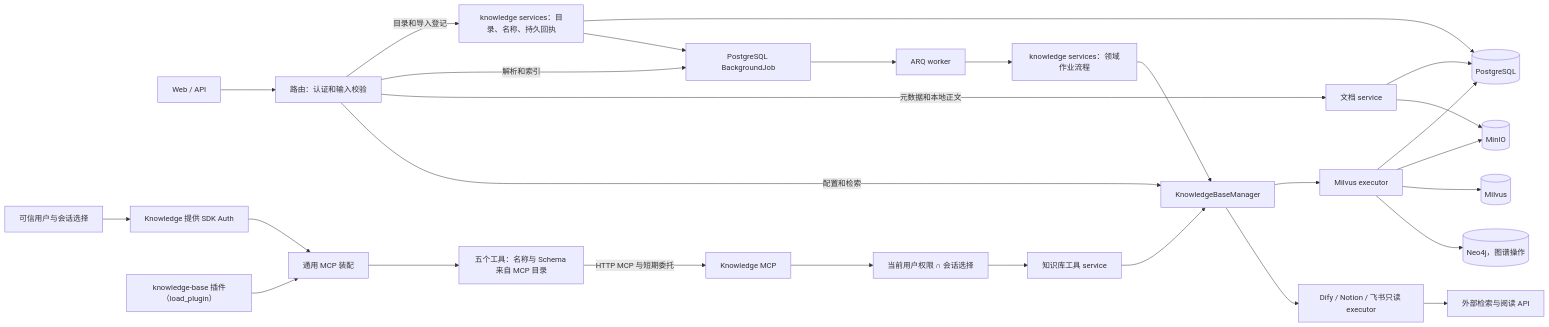
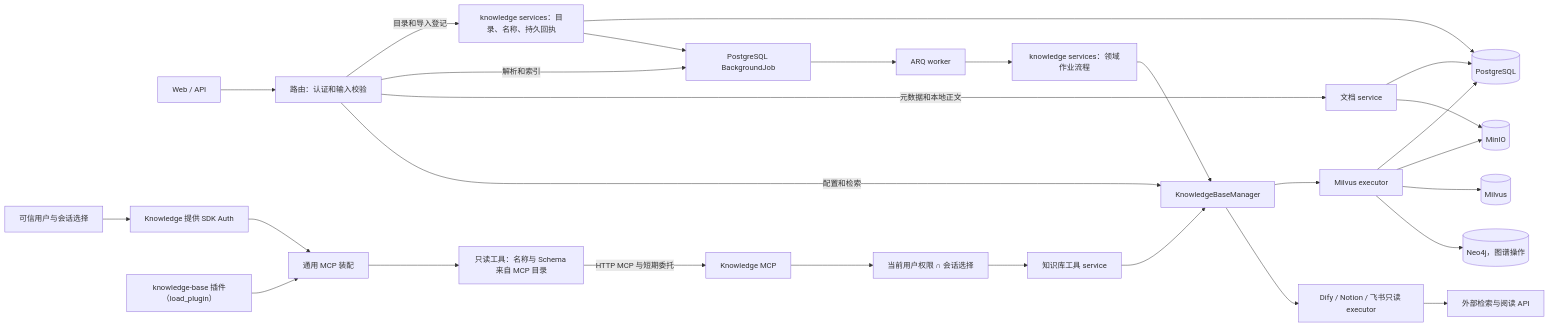
Before and after one commit to xerrors/Yuxi: the first of 2 diagrams in docs/mechanisms/knowledge-base.md, drawn with Mermaid. The commit also changed other lines of this file and 65 other files, not shown here.

````diff
--- a/docs/mechanisms/knowledge-base.md
+++ b/docs/mechanisms/knowledge-base.md
@@ -23,31 +23,31 @@
 ```mermaid
 flowchart LR
     UI["Web / API"] --> Router["路由：认证和输入校验"]
     Router -->|目录和导入登记| Import["knowledge services：目录、名称、持久回执"]
     Import --> PG
     Import --> Task["PostgreSQL BackgroundJob"]
     Router -->|解析和索引| Task
     Router -->|元数据和本地正文| Documents["文档 service"]
     Documents --> PG
     Documents --> Object
     Router -->|配置和检索| Manager
     Task --> Worker["ARQ worker"]
     Worker --> Handler["knowledge services：领域作业流程"]
     Handler --> Manager["KnowledgeBaseManager"]
     Manager --> MilvusKB["Milvus executor"]
     Manager --> Connector["Dify / Notion / 飞书只读 executor"]
     MilvusKB --> PG[("PostgreSQL")]
     MilvusKB --> Object[("MinIO")]
     MilvusKB --> Vector[("Milvus")]
     MilvusKB --> Graph[("Neo4j，图谱操作")]
     Connector --> External["外部检索与阅读 API"]
 
     Context["可信用户与会话选择"] --> Integration["Knowledge 提供 SDK Auth"]
     Integration --> Loader["通用 MCP 装配"]
     Plugin["knowledge-base 插件（load_plugin）"] --> Loader
-    Loader --> Tools["五个工具：名称与 Schema 来自 MCP 目录"]
+    Loader --> Tools["只读工具：名称与 Schema 来自 MCP 目录"]
     Tools -->|HTTP MCP 与短期委托| MCP["Knowledge MCP"]
     MCP --> Visible["当前用户权限 ∩ 会话选择"]
     Visible --> Service["知识库工具 service"]
     Service --> Manager
 ```
````
